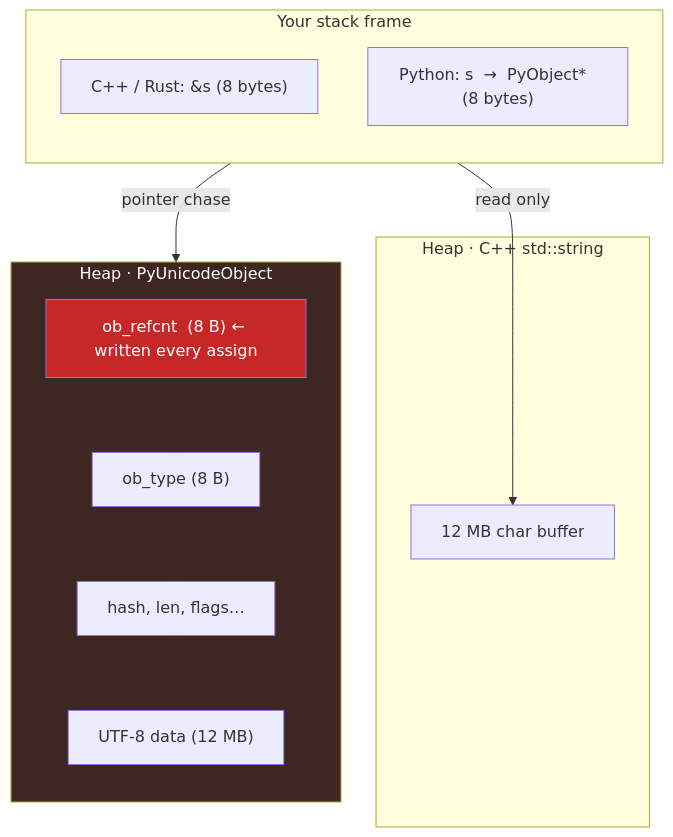
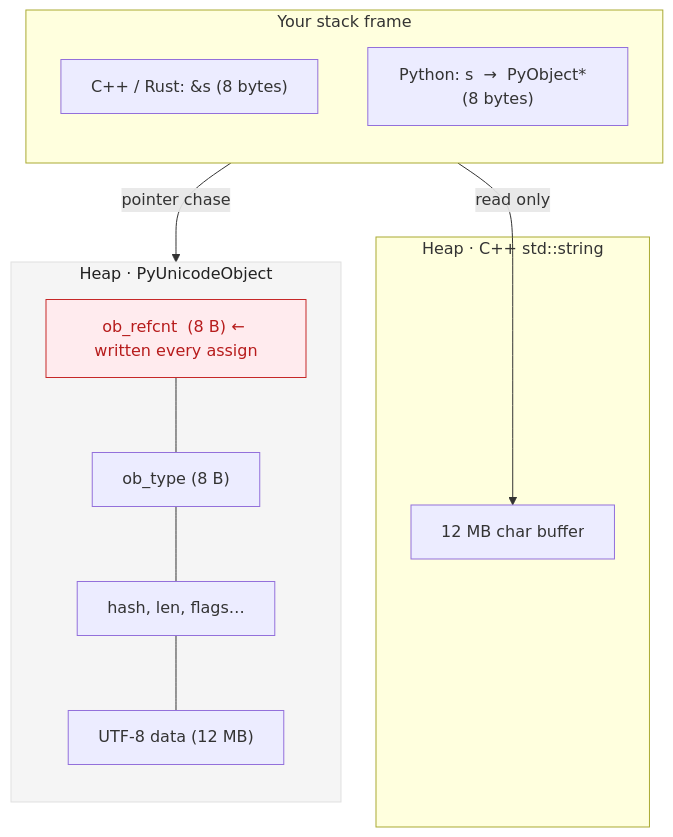
Before and after one commit to abhishekshree/microbench: the first of 3 diagrams in docs/benchmarks/reference-passing.md, drawn with Mermaid.

Commit message:
Modify styles in reference-passing benchmark diagram

````diff
--- a/docs/benchmarks/reference-passing.md
+++ b/docs/benchmarks/reference-passing.md
@@ -52,27 +52,27 @@
 ```mermaid
 graph TB
     subgraph stack["Your stack frame"]
         direction TB
         NS["C++ / Rust: &s  (8 bytes)"]
         NP["Python: s  →  PyObject*  (8 bytes)"]
     end
 
     subgraph heap_cpp["Heap · C++ std::string"]
         CD["12 MB char buffer"]
     end
 
     subgraph heap_py["Heap · PyUnicodeObject"]
         direction TB
         H1["ob_refcnt  (8 B) ← written every assign"]
         H2["ob_type    (8 B)"]
         H3["hash, len, flags…"]
         H4["UTF-8 data (12 MB)"]
         H1 --- H2 --- H3 --- H4
     end
 
     NS -->|"read only"| CD
     NP -->|"pointer chase"| H1
 
-    style H1 fill:#c62828,color:#fff
-    style heap_py fill:#3e2723,color:#fff
+    style H1 fill:#ffebee,stroke:#c62828,color:#b71c1c,stroke-width:1px
+    style heap_py fill:#f5f5f5,stroke:#e0e0e0,color:#212121
 ```
````
